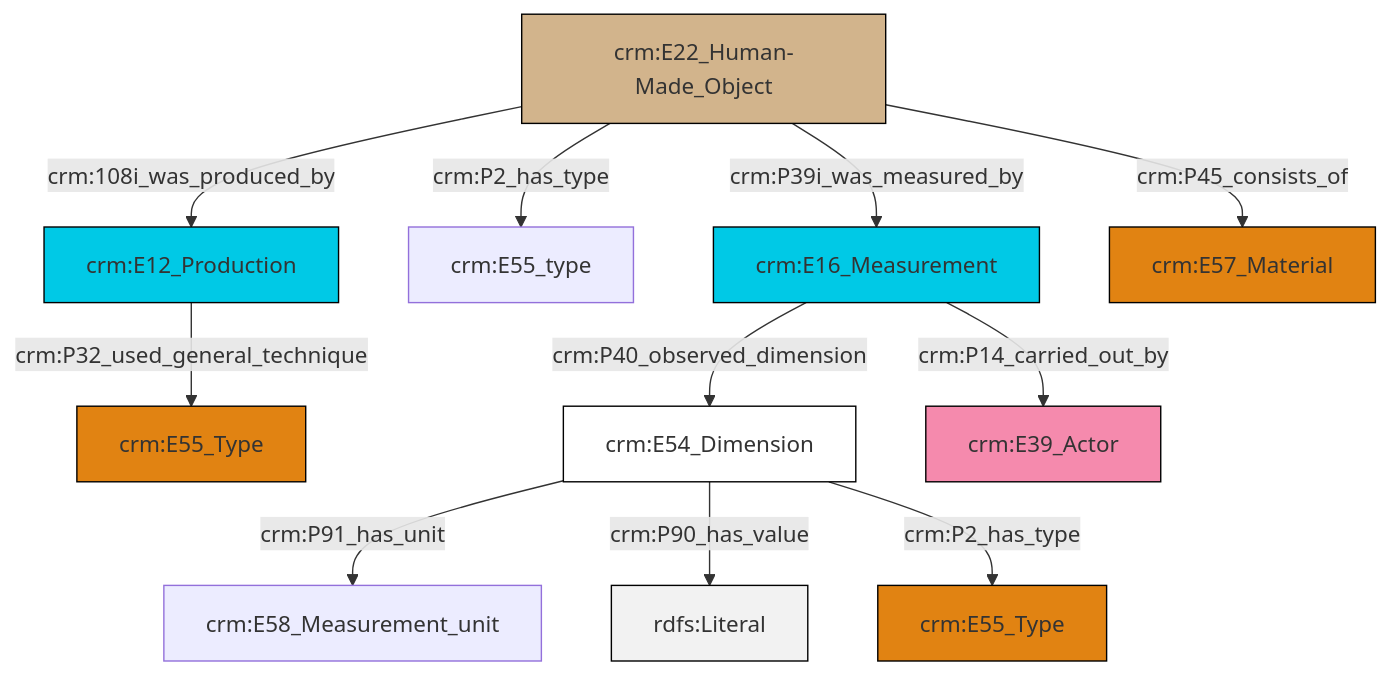
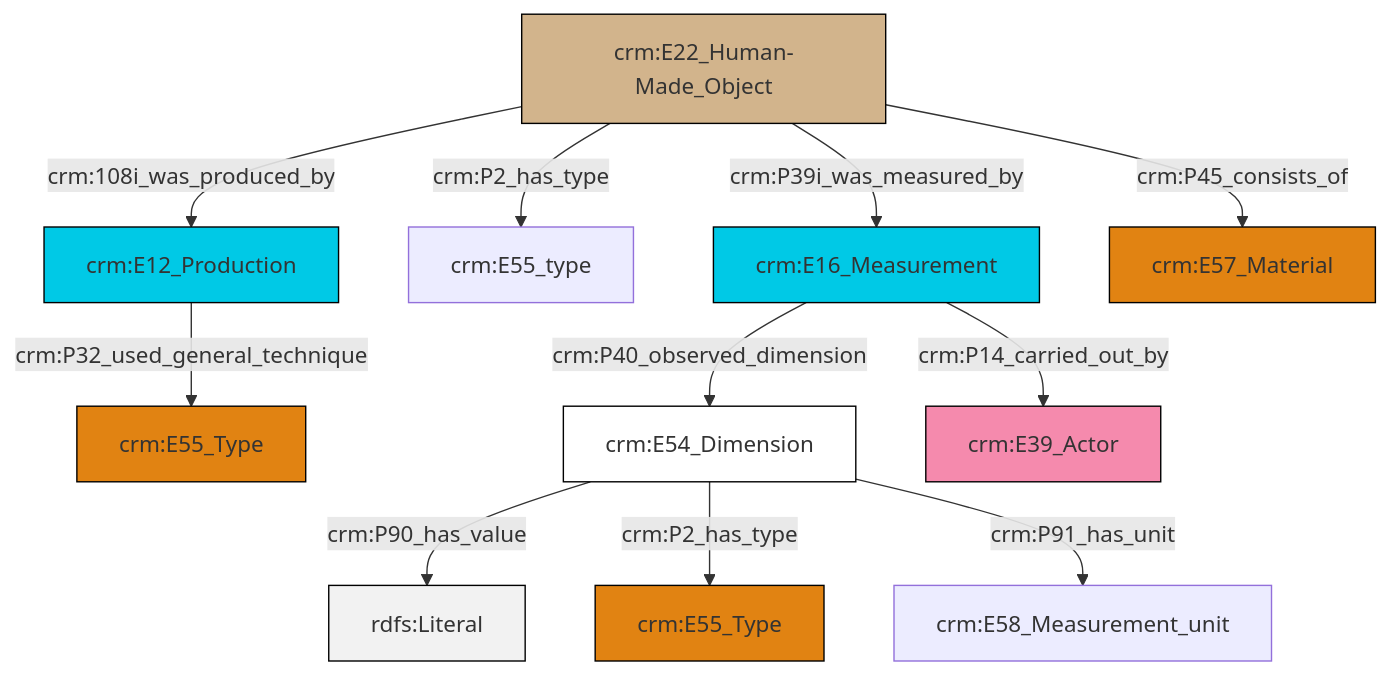
Before and after one commit to swiss-art-research-net/docs.swissartresearch: the diagram in et/artworkCSV/ttl/mmd/Artwork_substance.ttl.mmd, drawn with Mermaid. The commit also changed 178 other files, not shown here.

```diff
--- a/et/artworkCSV/ttl/mmd/Artwork_substance.ttl.mmd
+++ b/et/artworkCSV/ttl/mmd/Artwork_substance.ttl.mmd
@@ -1,25 +1,25 @@
 graph TD
 classDef Literal fill:#f2f2f2,stroke:#000000;
 classDef CRM_Entity fill:#FFFFFF,stroke:#000000;
 classDef Temporal_Entity fill:#00C9E6, stroke:#000000;
 classDef Type fill:#E18312, stroke:#000000;
 classDef Time-Span fill:#2C9C91, stroke:#000000;
 classDef Appellation fill:#FFEB7F, stroke:#000000;
 classDef Place fill:#008836, stroke:#000000;
 classDef Persistent_Item fill:#B266B2, stroke:#000000;
 classDef Conceptual_Object fill:#FFD700, stroke:#000000;
 classDef Physical_Thing fill:#D2B48C, stroke:#000000;
 classDef Actor fill:#f58aad, stroke:#000000;
 classDef PC_Classes fill:#4ce600, stroke:#000000;
 classDef Multi fill:#cccccc,stroke:#000000;
 
-0["crm:E22_Human-Made_Object"]:::Physical_Thing -->|crm:P39i_was_measured_by| 1["crm:E16_Measurement"]:::Temporal_Entity
-6["crm:E54_Dimension"]:::CRM_Entity -->|crm:P91_has_unit| 7["crm:E58_Measurement_unit"]:::Default
-1["crm:E16_Measurement"]:::Temporal_Entity -->|crm:P14_carried_out_by| 8["crm:E39_Actor"]:::Actor
-11["crm:E12_Production"]:::Temporal_Entity -->|crm:P32_used_general_technique| 4["crm:E55_Type"]:::Type
-0["crm:E22_Human-Made_Object"]:::Physical_Thing -->|crm:P45_consists_of| 12["crm:E57_Material"]:::Type
-0["crm:E22_Human-Made_Object"]:::Physical_Thing -->|crm:108i_was_produced_by| 11["crm:E12_Production"]:::Temporal_Entity
-0["crm:E22_Human-Made_Object"]:::Physical_Thing -->|crm:P2_has_type| 2["crm:E55_type"]:::Default
-6["crm:E54_Dimension"]:::CRM_Entity -->|crm:P90_has_value| 15[rdfs:Literal]:::Literal
-6["crm:E54_Dimension"]:::CRM_Entity -->|crm:P2_has_type| 18["crm:E55_Type"]:::Type
-1["crm:E16_Measurement"]:::Temporal_Entity -->|crm:P40_observed_dimension| 6["crm:E54_Dimension"]:::CRM_Entity
+0["crm:E12_Production"]:::Temporal_Entity -->|crm:P32_used_general_technique| 1["crm:E55_Type"]:::Type
+2["crm:E54_Dimension"]:::CRM_Entity -->|crm:P90_has_value| 3[rdfs:Literal]:::Literal
+2["crm:E54_Dimension"]:::CRM_Entity -->|crm:P2_has_type| 6["crm:E55_Type"]:::Type
+9["crm:E22_Human-Made_Object"]:::Physical_Thing -->|crm:108i_was_produced_by| 0["crm:E12_Production"]:::Temporal_Entity
+2["crm:E54_Dimension"]:::CRM_Entity -->|crm:P91_has_unit| 13["crm:E58_Measurement_unit"]:::Default
+9["crm:E22_Human-Made_Object"]:::Physical_Thing -->|crm:P2_has_type| 4["crm:E55_type"]:::Default
+7["crm:E16_Measurement"]:::Temporal_Entity -->|crm:P40_observed_dimension| 2["crm:E54_Dimension"]:::CRM_Entity
+9["crm:E22_Human-Made_Object"]:::Physical_Thing -->|crm:P39i_was_measured_by| 7["crm:E16_Measurement"]:::Temporal_Entity
+7["crm:E16_Measurement"]:::Temporal_Entity -->|crm:P14_carried_out_by| 15["crm:E39_Actor"]:::Actor
+9["crm:E22_Human-Made_Object"]:::Physical_Thing -->|crm:P45_consists_of| 19["crm:E57_Material"]:::Type
```
